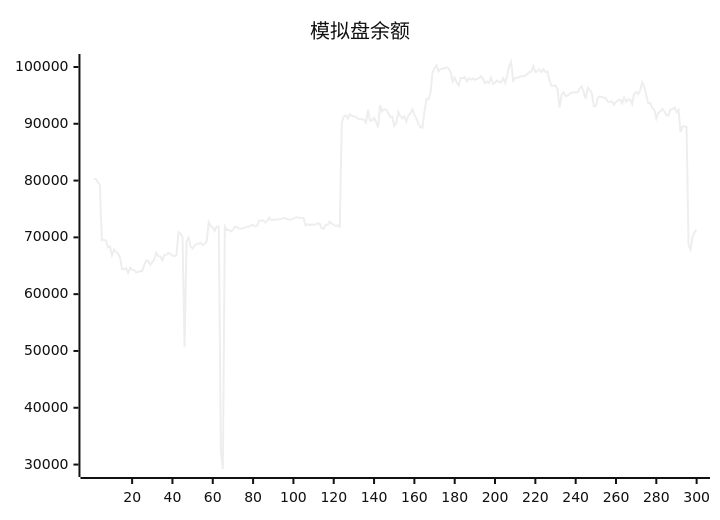
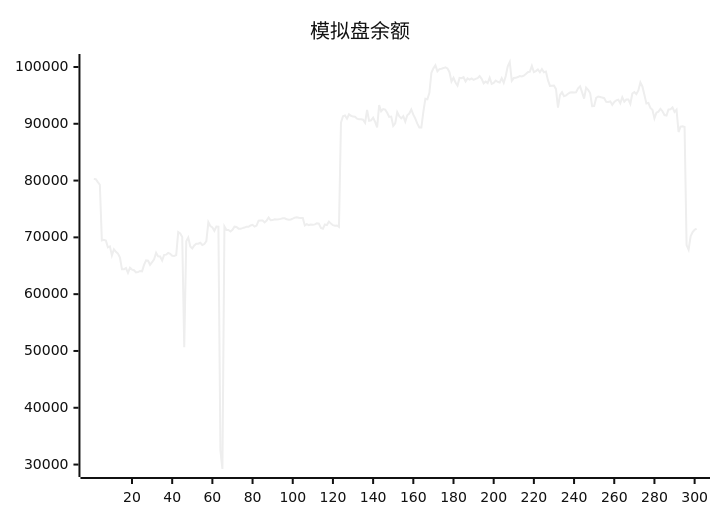
The diagram in README.md (aahl/ai-trading), drawn with Mermaid (neutral theme) before and after one commit. The commit also changed other lines of this file and 1 other file, not shown here.

````diff
--- a/README.md
+++ b/README.md
@@ -5,5 +5,5 @@
 ```mermaid
 xychart
     title "模拟盘余额"
-    line [80291,80258,79729,79261,69466,69579,69456,68251,68415,66832,67911,67462,67144,66432,64380,64375,64606,63741,64647,64324,64216,63842,63877,64079,64008,65156,65945,65888,65157,65625,66144,67284,66653,66639,65924,66925,66956,67263,67108,66766,66729,66886,70927,70673,70049,50652,69334,69973,68400,68061,68578,68877,68879,69055,68662,68822,69329,72687,71999,71760,71163,71911,71896,32500,29218,71927,71297,71305,71044,71337,71883,71822,71536,71536,71622,71723,71880,71860,72100,72216,71887,72077,72940,72976,72966,72638,72948,73497,73004,73041,73173,73160,73187,73258,73375,73351,73173,73098,73161,73305,73474,73536,73457,73413,73412,72100,72333,72164,72272,72204,72285,72461,72421,71652,71521,72267,72157,72774,72425,72144,72060,72091,71858,90185,91338,91466,90900,91678,91404,91268,91244,90903,90779,90787,90721,90187,92429,90518,90619,91070,90328,89376,93286,92202,92581,92485,91947,91196,91259,89619,90086,92063,91355,90950,91327,90373,91498,91800,92531,91603,90910,90031,89351,89334,92097,94406,94315,95455,98972,99763,100286,99229,99622,99701,99805,99938,99738,99082,97430,98094,97267,96741,98081,98013,98194,97447,97983,97789,97969,97729,97911,98043,98405,97912,97120,97448,97154,98095,97021,97191,97616,97402,97263,98035,97210,98424,100121,100876,97552,98049,98085,98228,98388,98342,98488,98750,99086,99181,100188,99107,99272,99553,99072,99636,99061,99186,97674,96679,96704,96743,96096,92830,95088,95560,94866,94995,95295,95497,95531,95527,95559,96236,96597,95538,94422,96363,95972,95418,93095,93128,94558,94795,94727,94611,94508,93857,93852,93955,93340,93862,94112,94249,93603,94682,93898,94267,94288,93490,95337,95601,95226,95879,97301,96573,95113,93569,93681,92773,92453,90953,91954,92130,92637,92209,91536,91462,92532,92562,92875,92086,92488,88547,89491,89563,89429,68632,67833,70192,70919,71340]
+    line [80291,80258,79729,79261,69466,69579,69456,68251,68415,66832,67911,67462,67144,66432,64380,64375,64606,63741,64647,64324,64216,63842,63877,64079,64008,65156,65945,65888,65157,65625,66144,67284,66653,66639,65924,66925,66956,67263,67108,66766,66729,66886,70927,70673,70049,50652,69334,69973,68400,68061,68578,68877,68879,69055,68662,68822,69329,72687,71999,71760,71163,71911,71896,32500,29218,71927,71297,71305,71044,71337,71883,71822,71536,71536,71622,71723,71880,71860,72100,72216,71887,72077,72940,72976,72966,72638,72948,73497,73004,73041,73173,73160,73187,73258,73375,73351,73173,73098,73161,73305,73474,73536,73457,73413,73412,72100,72333,72164,72272,72204,72285,72461,72421,71652,71521,72267,72157,72774,72425,72144,72060,72091,71858,90185,91338,91466,90900,91678,91404,91268,91244,90903,90779,90787,90721,90187,92429,90518,90619,91070,90328,89376,93286,92202,92581,92485,91947,91196,91259,89619,90086,92063,91355,90950,91327,90373,91498,91800,92531,91603,90910,90031,89351,89334,92097,94406,94315,95455,98972,99763,100286,99229,99622,99701,99805,99938,99738,99082,97430,98094,97267,96741,98081,98013,98194,97447,97983,97789,97969,97729,97911,98043,98405,97912,97120,97448,97154,98095,97021,97191,97616,97402,97263,98035,97210,98424,100121,100876,97552,98049,98085,98228,98388,98342,98488,98750,99086,99181,100188,99107,99272,99553,99072,99636,99061,99186,97674,96679,96704,96743,96096,92830,95088,95560,94866,94995,95295,95497,95531,95527,95559,96236,96597,95538,94422,96363,95972,95418,93095,93128,94558,94795,94727,94611,94508,93857,93852,93955,93340,93862,94112,94249,93603,94682,93898,94267,94288,93490,95337,95601,95226,95879,97301,96573,95113,93569,93681,92773,92453,90953,91954,92130,92637,92209,91536,91462,92532,92562,92875,92086,92488,88547,89491,89563,89429,68632,67833,70192,70919,71340,71543]
 ```
````
